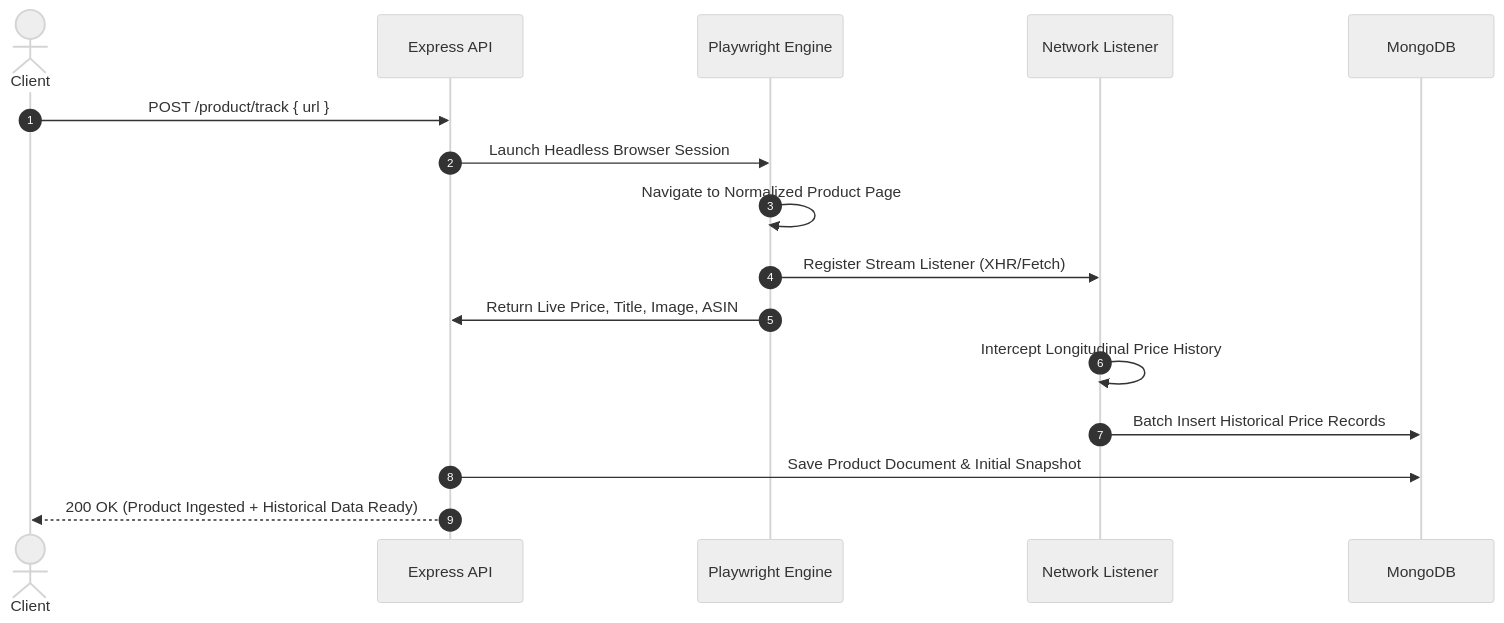
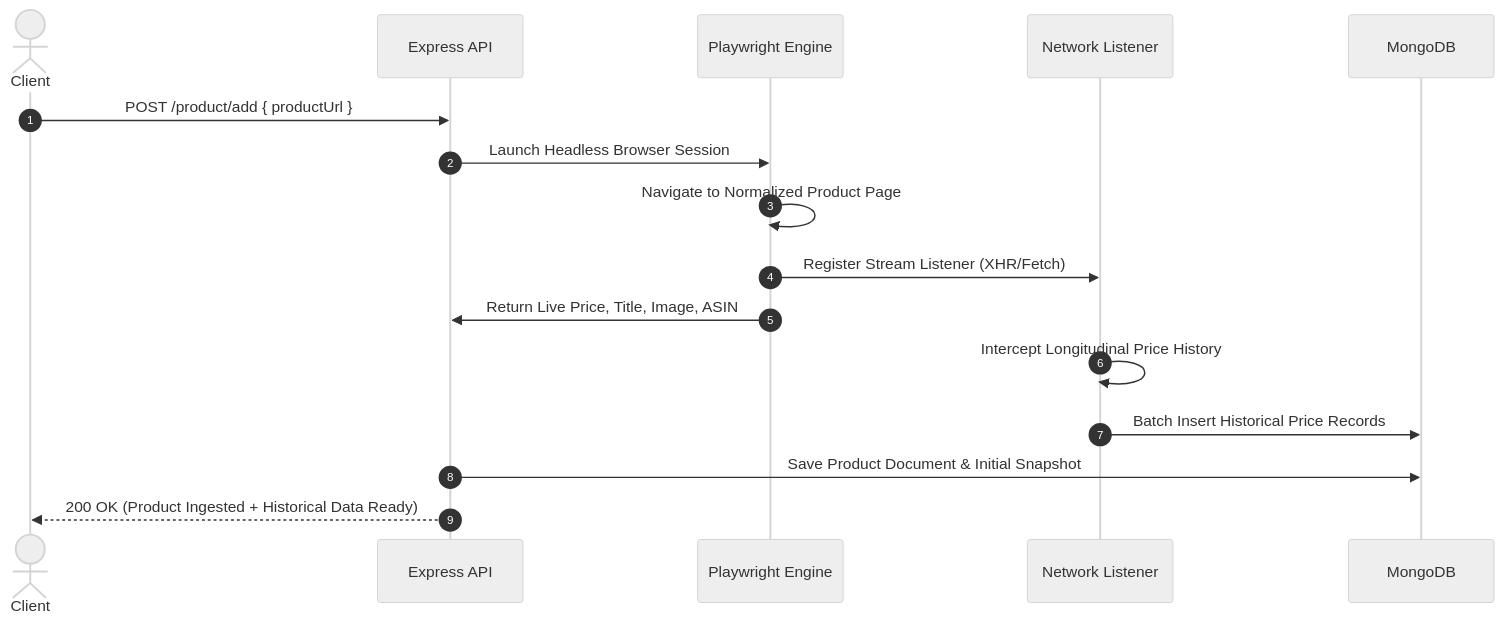
The second of 8 diagrams in README.md (imMohammedSahil/Zemo), drawn with Mermaid (neutral theme) before and after one commit. The commit also changed other lines of this file, not shown here.

Commit message:
docs: overhaul README with technical architecture, API specs, and Brevo engine details

````diff
--- a/README.md
+++ b/README.md
@@ -133,19 +151,19 @@
 ```mermaid
 sequenceDiagram
     autonumber
     actor User as Client
     participant API as Express API
     participant Scraper as Playwright Engine
     participant Interceptor as Network Listener
     participant DB as MongoDB
 
-    User->>API: POST /product/track { url }
+    User->>API: POST /product/add { productUrl }
     API->>Scraper: Launch Headless Browser Session
     Scraper->>Scraper: Navigate to Normalized Product Page
     Scraper->>Interceptor: Register Stream Listener (XHR/Fetch)
     Scraper->>API: Return Live Price, Title, Image, ASIN
     Interceptor->>Interceptor: Intercept Longitudinal Price History
     Interceptor->>DB: Batch Insert Historical Price Records
     API->>DB: Save Product Document & Initial Snapshot
     API-->>User: 200 OK (Product Ingested + Historical Data Ready)
 ```
````
